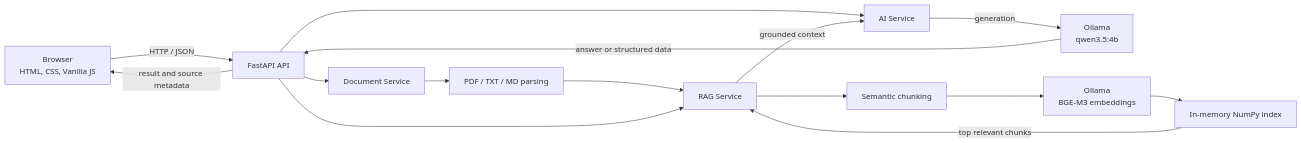
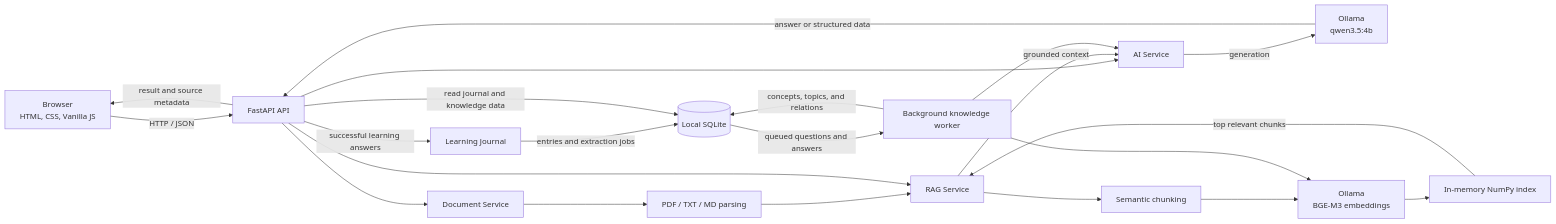
The diagram in README.md (yushuaiyuan618-web/ai-study-assistant), drawn with Mermaid before and after one commit. The commit also changed other lines of this file and 2 other files, not shown here.

Commit message:
docs: document learning journal and knowledge map

````diff
--- a/README.md
+++ b/README.md
@@ -33,20 +36,28 @@
 ```mermaid
 flowchart LR
     Browser[Browser<br/>HTML, CSS, Vanilla JS] -->|HTTP / JSON| API[FastAPI API]
 
     API --> AI[AI Service]
     AI -->|generation| Qwen[Ollama<br/>qwen3.5:4b]
 
     API --> Docs[Document Service]
     Docs --> Parse[PDF / TXT / MD parsing]
     Parse --> RAG[RAG Service]
     API --> RAG
     RAG --> Split[Semantic chunking]
     Split --> BGE[Ollama<br/>BGE-M3 embeddings]
     BGE --> Index[In-memory NumPy index]
     Index -->|top relevant chunks| RAG
     RAG -->|grounded context| AI
 
+    API -->|successful learning answers| Journal[Learning Journal]
+    Journal -->|entries and extraction jobs| SQLite[(Local SQLite)]
+    SQLite -->|queued questions and answers| Worker[Background knowledge worker]
+    Worker --> AI
+    Worker --> BGE
+    Worker -->|concepts, topics, and relations| SQLite
+    API -->|read journal and knowledge data| SQLite
+
     Qwen -->|answer or structured data| API
     API -->|result and source metadata| Browser
 ```
````
